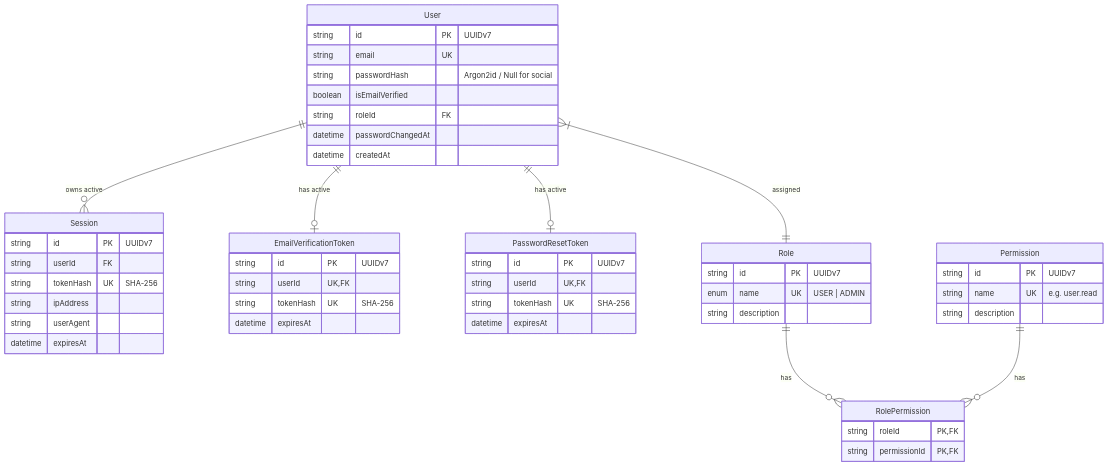
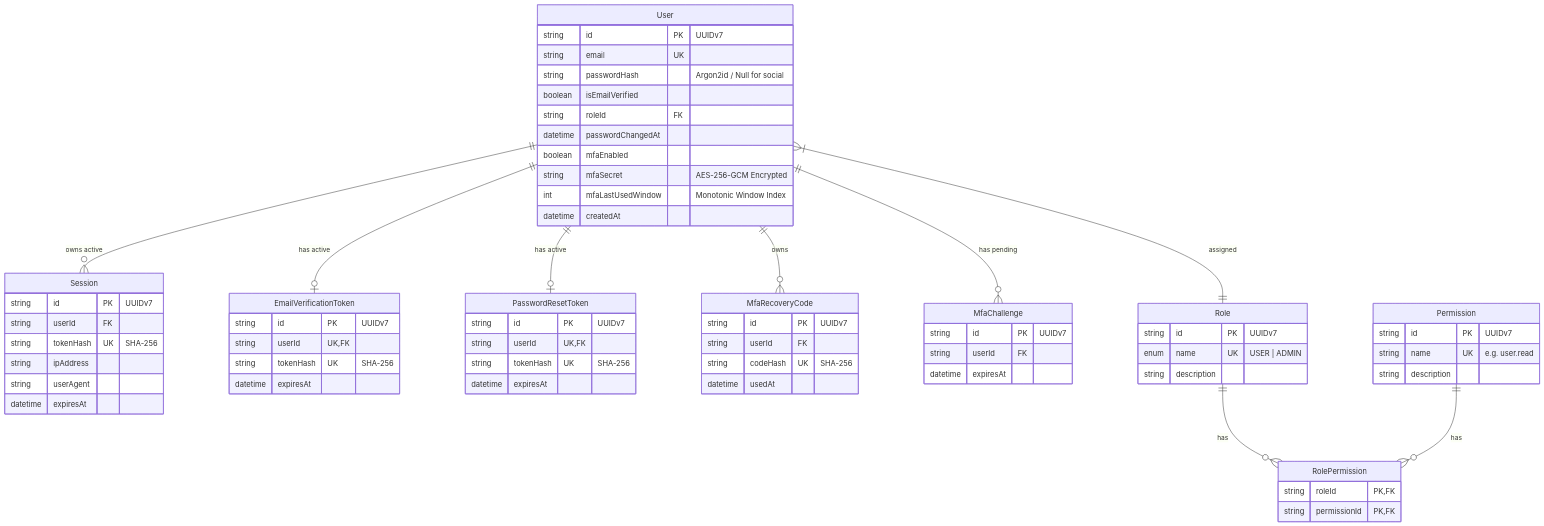
One commit to utkarshj014/authsphere changed the second of 5 diagrams in docs/ARCHITECTURE.md. Above: the diagram before and after it, drawn with Mermaid. The commit also changed other lines of this file and 1 other file, not shown here.

````diff
--- a/docs/ARCHITECTURE.md
+++ b/docs/ARCHITECTURE.md
@@ -76,59 +77,77 @@
 ```mermaid
 erDiagram
     User ||--o{ Session : "owns active"
     User ||--o| EmailVerificationToken : "has active"
     User ||--o| PasswordResetToken : "has active"
+    User ||--o{ MfaRecoveryCode : "owns"
+    User ||--o{ MfaChallenge : "has pending"
     User }|--|| Role : "assigned"
     Role ||--o{ RolePermission : "has"
     Permission ||--o{ RolePermission : "has"
 
     User {
         string id PK "UUIDv7"
         string email UK
         string passwordHash "Argon2id / Null for social"
         boolean isEmailVerified
         string roleId FK
         datetime passwordChangedAt
+        boolean mfaEnabled
+        string mfaSecret "AES-256-GCM Encrypted"
+        int mfaLastUsedWindow "Monotonic Window Index"
         datetime createdAt
     }
 
     Role {
         string id PK "UUIDv7"
         enum name UK "USER | ADMIN"
         string description
     }
 
     Permission {
         string id PK "UUIDv7"
         string name UK "e.g. user.read"
         string description
     }
 
     RolePermission {
         string roleId PK,FK
         string permissionId PK,FK
     }
 
     Session {
         string id PK "UUIDv7"
         string userId FK
         string tokenHash UK "SHA-256"
         string ipAddress
         string userAgent
         datetime expiresAt
     }
 
     EmailVerificationToken {
         string id PK "UUIDv7"
         string userId UK,FK
         string tokenHash UK "SHA-256"
         datetime expiresAt
     }
 
     PasswordResetToken {
         string id PK "UUIDv7"
         string userId UK,FK
         string tokenHash UK "SHA-256"
         datetime expiresAt
     }
+
+    MfaRecoveryCode {
+        string id PK "UUIDv7"
+        string userId FK
+        string codeHash UK "SHA-256"
+        datetime usedAt
+    }
+
+    MfaChallenge {
+        string id PK "UUIDv7"
+        string userId FK
+        datetime expiresAt
+    }
 ```
````
